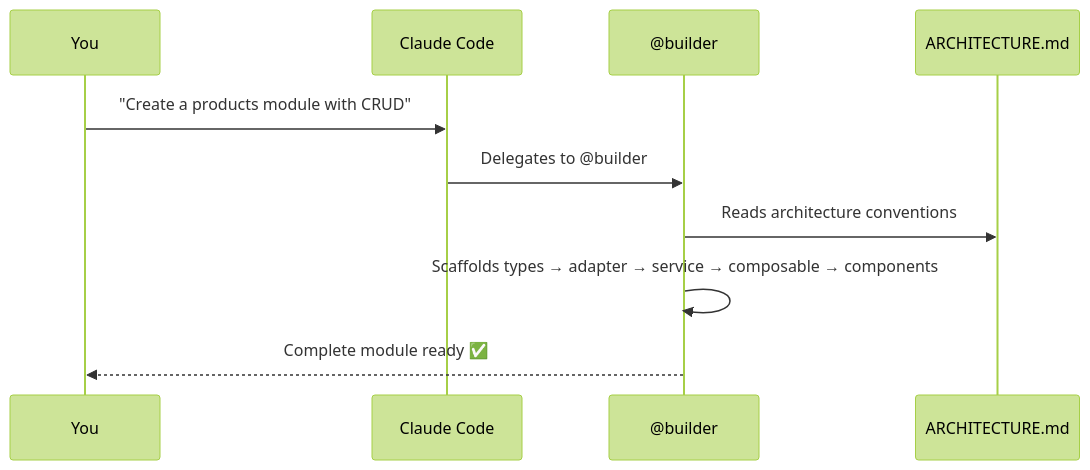
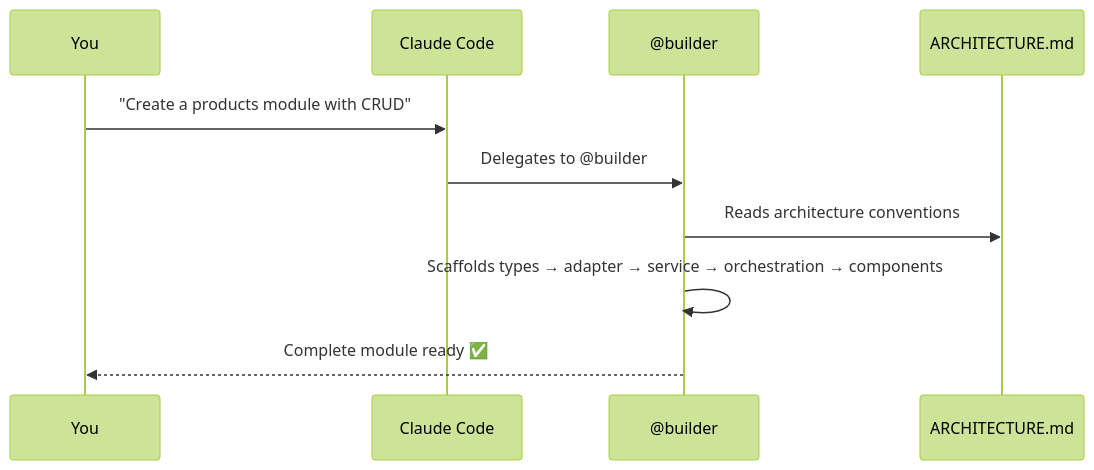
The second of 2 diagrams in docs/guide/introduction.md (HerbertJulio/specialist-agent), drawn with Mermaid (forest theme) before and after one commit. The commit also changed other lines of this file and 27 other files, not shown here.

````diff
--- a/docs/guide/introduction.md
+++ b/docs/guide/introduction.md
@@ -118,13 +119,13 @@
 ```mermaid
 sequenceDiagram
     participant You
     participant Claude as Claude Code
     participant Agent as @builder
     participant Arch as ARCHITECTURE.md
 
     You->>Claude: "Create a products module with CRUD"
     Claude->>Agent: Delegates to @builder
     Agent->>Arch: Reads architecture conventions
-    Agent->>Agent: Scaffolds types → adapter → service → composable → components
+    Agent->>Agent: Scaffolds types → adapter → service → orchestration → components
     Agent-->>You: Complete module ready ✅
 ```
````
